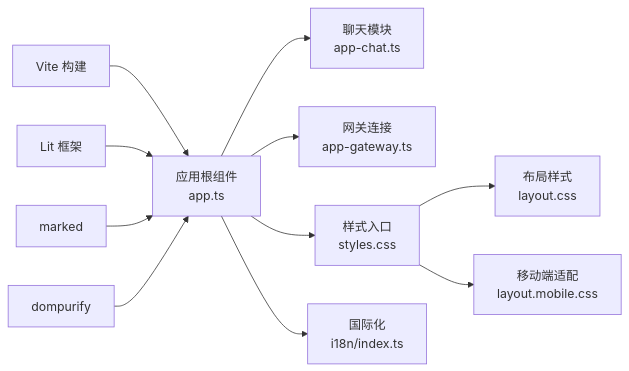
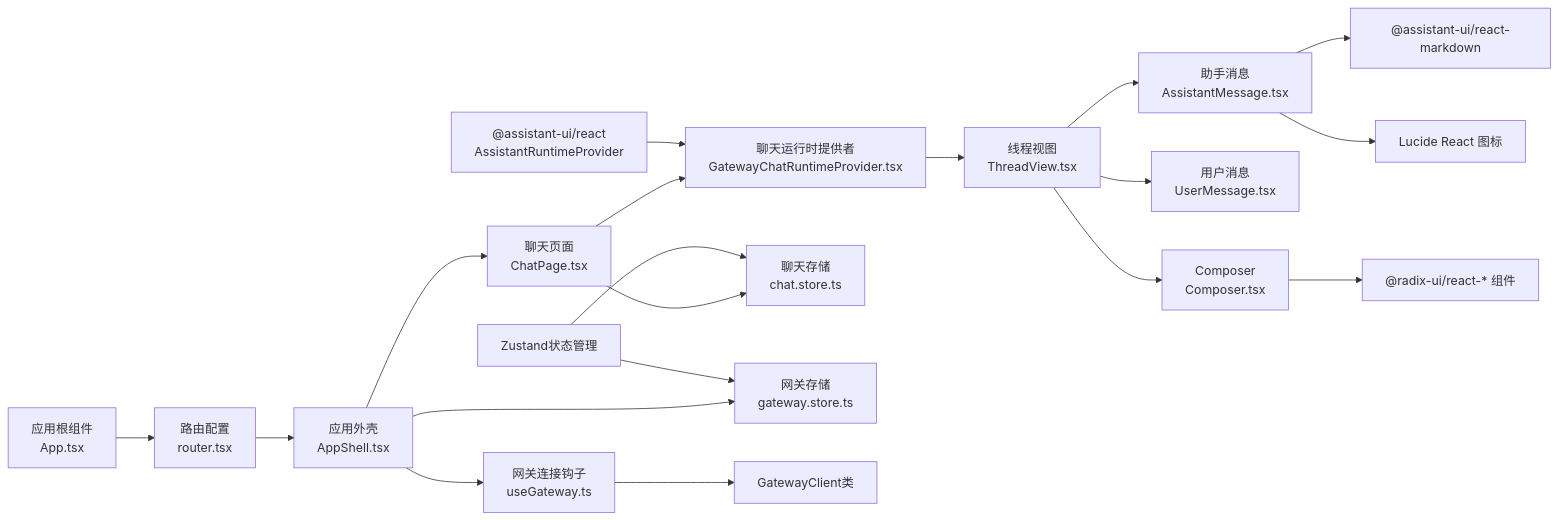
The fifth of 5 diagrams in .qoder/repowiki/zh/content/Web界面/Web界面.md (verse-ai-org/openclaw), drawn with Mermaid before and after one commit. The commit also changed other lines of this file and 19 other files, not shown here.

````diff
--- a/.qoder/repowiki/zh/content/Web界面/Web界面.md
+++ b/.qoder/repowiki/zh/content/Web界面/Web界面.md
@@ -380,13 +484,21 @@
 ```mermaid
 graph LR
-App["应用根组件<br/>app.ts"] --> Chat["聊天模块<br/>app-chat.ts"]
-App --> Gateway["网关连接<br/>app-gateway.ts"]
-App --> Styles["样式入口<br/>styles.css"]
-Styles --> Layout["布局样式<br/>layout.css"]
-Styles --> Mobile["移动端适配<br/>layout.mobile.css"]
-App --> I18N["国际化<br/>i18n/index.ts"]
-Vite["Vite 构建"] --> App
-Lit["Lit 框架"] --> App
-Marked["marked"] --> App
-Purify["dompurify"] --> App
+App["应用根组件<br/>App.tsx"] --> Router["路由配置<br/>router.tsx"]
+Router --> Shell["应用外壳<br/>AppShell.tsx"]
+Shell --> ChatPage["聊天页面<br/>ChatPage.tsx"]
+ChatPage --> Runtime["聊天运行时提供者<br/>GatewayChatRuntimeProvider.tsx"]
+Runtime --> ThreadView["线程视图<br/>ThreadView.tsx"]
+ThreadView --> AssistantMessage["助手消息<br/>AssistantMessage.tsx"]
+ThreadView --> UserMessage["用户消息<br/>UserMessage.tsx"]
+ThreadView --> Composer["Composer<br/>Composer.tsx"]
+ChatPage --> ChatStore["聊天存储<br/>chat.store.ts"]
+Shell --> GatewayStore["网关存储<br/>gateway.store.ts"]
+Shell --> GatewayHook["网关连接钩子<br/>useGateway.ts"]
+GatewayHook --> GatewayClient["GatewayClient类"]
+AssistantRuntimeProvider["@assistant-ui/react<br/>AssistantRuntimeProvider"] --> Runtime
+Zustand["Zustand状态管理"] --> ChatStore
+Zustand --> GatewayStore
+AssistantMessage --> Markdown["@assistant-ui/react-markdown"]
+AssistantMessage --> Lucide["Lucide React 图标"]
+Composer --> RadixUI["@radix-ui/react-* 组件"]
 ```
````
